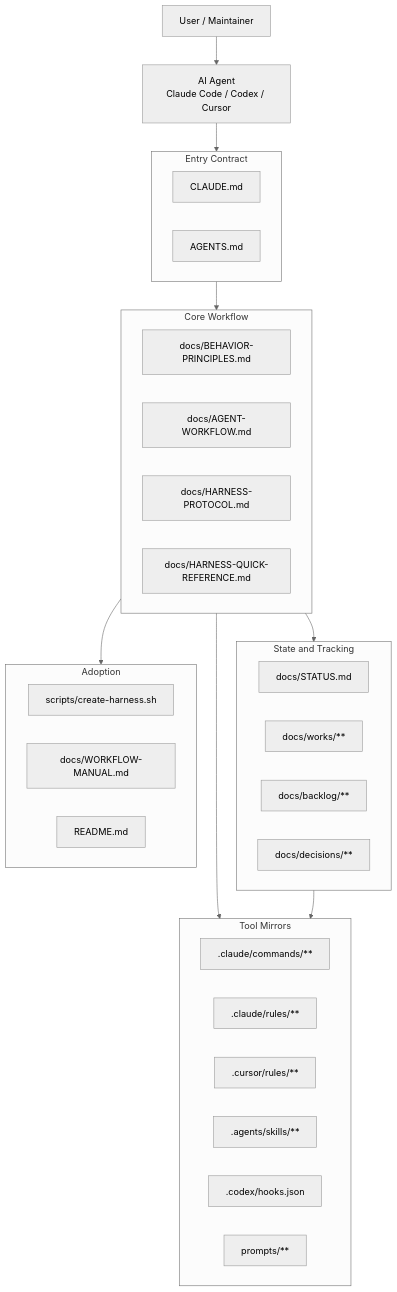
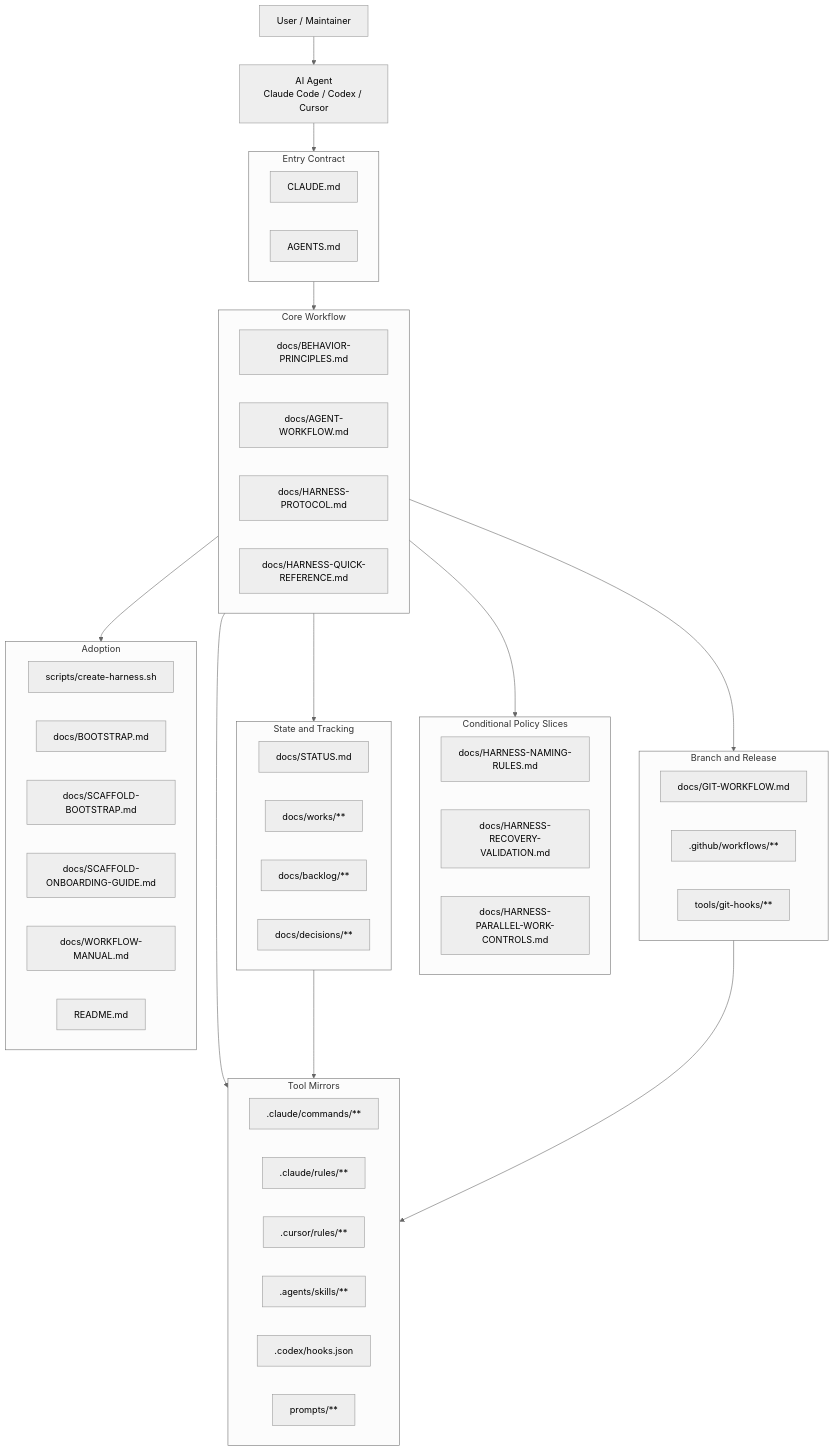
Before and after one commit to kyungseo/ai-workflow-harness: the first of 7 diagrams in docs/HARNESS-STRUCTURE.md, drawn with Mermaid (neutral theme). The commit also changed other lines of this file and 1 other file, not shown here.

First line of the commit message:
docs: HARNESS-STRUCTURE / HARNESS-MAINTAINER-GUIDE 보완 — v1.0.1 이후 변경분 반영

````diff
--- a/docs/HARNESS-STRUCTURE.md
+++ b/docs/HARNESS-STRUCTURE.md
@@ -10,47 +10,65 @@
 ```mermaid
 graph TB
     USER["User / Maintainer"]
     AGENT["AI Agent\nClaude Code / Codex / Cursor"]
 
     subgraph ENTRY["Entry Contract"]
         CLAUDE["CLAUDE.md"]
         AGENTS["AGENTS.md"]
     end
 
     subgraph CORE["Core Workflow"]
         BP["docs/BEHAVIOR-PRINCIPLES.md"]
         AW["docs/AGENT-WORKFLOW.md"]
         HP["docs/HARNESS-PROTOCOL.md"]
         QR["docs/HARNESS-QUICK-REFERENCE.md"]
     end
 
+    subgraph SLICES["Conditional Policy Slices"]
+        NAMING["docs/HARNESS-NAMING-RULES.md"]
+        RECOVERY["docs/HARNESS-RECOVERY-VALIDATION.md"]
+        PARALLEL["docs/HARNESS-PARALLEL-WORK-CONTROLS.md"]
+    end
+
     subgraph STATE["State and Tracking"]
         STATUS["docs/STATUS.md"]
         WORKS["docs/works/**"]
         BACKLOG["docs/backlog/**"]
         DR["docs/decisions/**"]
     end
 
+    subgraph BRANCH["Branch and Release"]
+        GIT["docs/GIT-WORKFLOW.md"]
+        CI[".github/workflows/**"]
+        HOOKS["tools/git-hooks/**"]
+    end
+
     subgraph TOOLS["Tool Mirrors"]
         COMMANDS[".claude/commands/**"]
         CRULES[".claude/rules/**"]
         CURSOR[".cursor/rules/**"]
         SKILLS[".agents/skills/**"]
-        HOOKS[".codex/hooks.json"]
+        CODEXHOOKS[".codex/hooks.json"]
         PROMPTS["prompts/**"]
     end
 
     subgraph ADOPT["Adoption"]
         SCRIPT["scripts/create-harness.sh"]
+        BOOTSTRAP["docs/BOOTSTRAP.md"]
+        SCAFFOLD_BS["docs/SCAFFOLD-BOOTSTRAP.md"]
+        ONBOARD["docs/SCAFFOLD-ONBOARDING-GUIDE.md"]
         MANUAL["docs/WORKFLOW-MANUAL.md"]
         README["README.md"]
     end
 
     USER --> AGENT
     AGENT --> ENTRY
     ENTRY --> CORE
+    CORE --> SLICES
     CORE --> STATE
+    CORE --> BRANCH
     CORE --> TOOLS
     STATE --> TOOLS
+    BRANCH --> TOOLS
     CORE --> ADOPT
 ```
````
